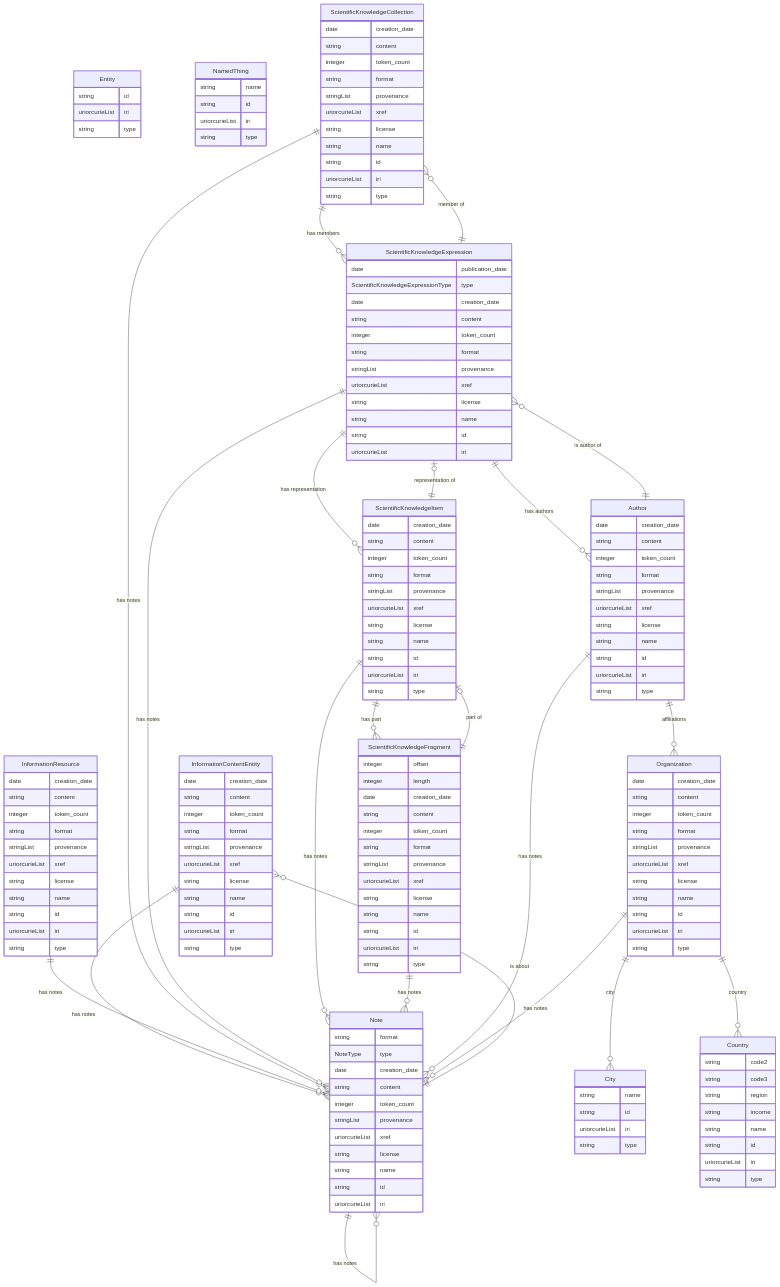
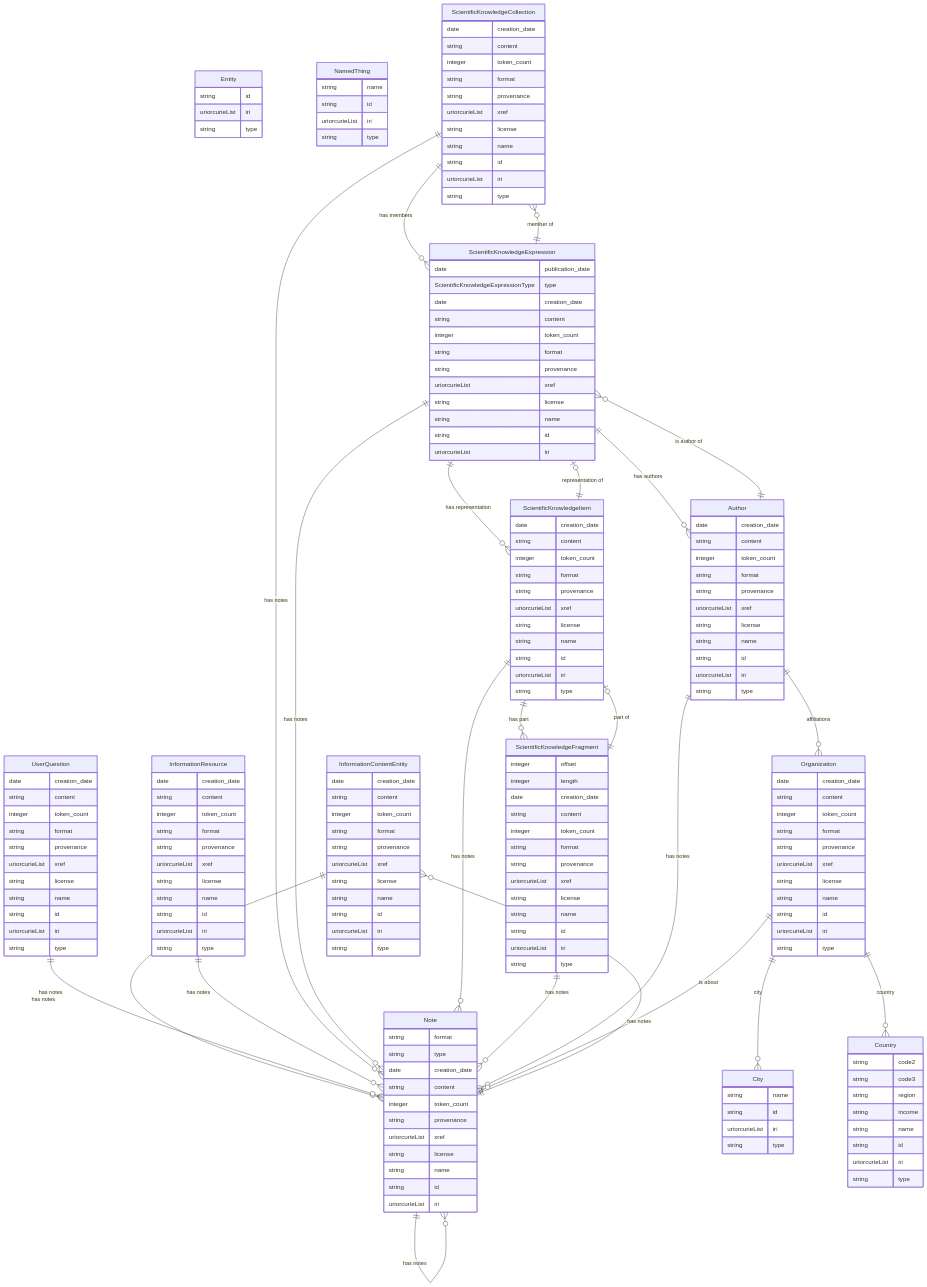
One commit to chanzuckerberg/alhazen changed the diagram in local_resources/linkml/schema.mermaid. Above: the diagram before and after it, drawn with Mermaid. The commit also changed 59 other files, not shown here.

```diff
--- a/local_resources/linkml/schema.mermaid
+++ b/local_resources/linkml/schema.mermaid
@@ -1,170 +1,184 @@
 erDiagram
 Entity {
     string id  
     uriorcurieList iri  
     string type  
 }
 NamedThing {
     string name  
     string id  
     uriorcurieList iri  
     string type  
 }
 InformationContentEntity {
     date creation_date  
     string content  
     integer token_count  
     string format  
-    stringList provenance  
+    string provenance  
+    uriorcurieList xref  
+    string license  
+    string name  
+    string id  
+    uriorcurieList iri  
+    string type  
+}
+UserQuestion {
+    date creation_date  
+    string content  
+    integer token_count  
+    string format  
+    string provenance  
     uriorcurieList xref  
     string license  
     string name  
     string id  
     uriorcurieList iri  
     string type  
 }
 InformationResource {
     date creation_date  
     string content  
     integer token_count  
     string format  
-    stringList provenance  
+    string provenance  
     uriorcurieList xref  
     string license  
     string name  
     string id  
     uriorcurieList iri  
     string type  
 }
 ScientificKnowledgeCollection {
     date creation_date  
     string content  
     integer token_count  
     string format  
-    stringList provenance  
+    string provenance  
     uriorcurieList xref  
     string license  
     string name  
     string id  
     uriorcurieList iri  
     string type  
 }
 ScientificKnowledgeExpression {
     date publication_date  
     ScientificKnowledgeExpressionType type  
     date creation_date  
     string content  
     integer token_count  
     string format  
-    stringList provenance  
+    string provenance  
     uriorcurieList xref  
     string license  
     string name  
     string id  
     uriorcurieList iri  
 }
 ScientificKnowledgeItem {
     date creation_date  
     string content  
     integer token_count  
     string format  
-    stringList provenance  
+    string provenance  
     uriorcurieList xref  
     string license  
     string name  
     string id  
     uriorcurieList iri  
     string type  
 }
 ScientificKnowledgeFragment {
     integer offset  
     integer length  
     date creation_date  
     string content  
     integer token_count  
     string format  
-    stringList provenance  
+    string provenance  
     uriorcurieList xref  
     string license  
     string name  
     string id  
     uriorcurieList iri  
     string type  
 }
 Note {
     string format  
-    NoteType type  
+    string type  
     date creation_date  
     string content  
     integer token_count  
-    stringList provenance  
+    string provenance  
     uriorcurieList xref  
     string license  
     string name  
     string id  
     uriorcurieList iri  
 }
 Author {
     date creation_date  
     string content  
     integer token_count  
     string format  
-    stringList provenance  
+    string provenance  
     uriorcurieList xref  
     string license  
     string name  
     string id  
     uriorcurieList iri  
     string type  
 }
 Organization {
     date creation_date  
     string content  
     integer token_count  
     string format  
-    stringList provenance  
+    string provenance  
     uriorcurieList xref  
     string license  
     string name  
     string id  
     uriorcurieList iri  
     string type  
 }
 City {
     string name  
     string id  
     uriorcurieList iri  
     string type  
 }
 Country {
     string code2  
     string code3  
     string region  
     string income  
     string name  
     string id  
     uriorcurieList iri  
     string type  
 }
 
 InformationContentEntity ||--}o Note : "has notes"
+UserQuestion ||--}o Note : "has notes"
 InformationResource ||--}o Note : "has notes"
 ScientificKnowledgeCollection ||--}o ScientificKnowledgeExpression : "has members"
 ScientificKnowledgeCollection ||--}o Note : "has notes"
 ScientificKnowledgeExpression ||--}o ScientificKnowledgeItem : "has representation"
 ScientificKnowledgeExpression ||--}o ScientificKnowledgeCollection : "member of"
 ScientificKnowledgeExpression ||--}o Author : "has authors"
 ScientificKnowledgeExpression ||--}o Note : "has notes"
 ScientificKnowledgeItem ||--|o ScientificKnowledgeExpression : "representation of"
 ScientificKnowledgeItem ||--}o ScientificKnowledgeFragment : "has part"
 ScientificKnowledgeItem ||--}o Note : "has notes"
 ScientificKnowledgeFragment ||--|o ScientificKnowledgeItem : "part of"
 ScientificKnowledgeFragment ||--}o Note : "has notes"
 Note ||--}o InformationContentEntity : "is about"
 Note ||--}o Note : "has notes"
 Author ||--}o Organization : "affiliations"
 Author ||--}o ScientificKnowledgeExpression : "is author of"
 Author ||--}o Note : "has notes"
 Organization ||--}o City : "city"
 Organization ||--}o Country : "country"
 Organization ||--}o Note : "has notes"
```
